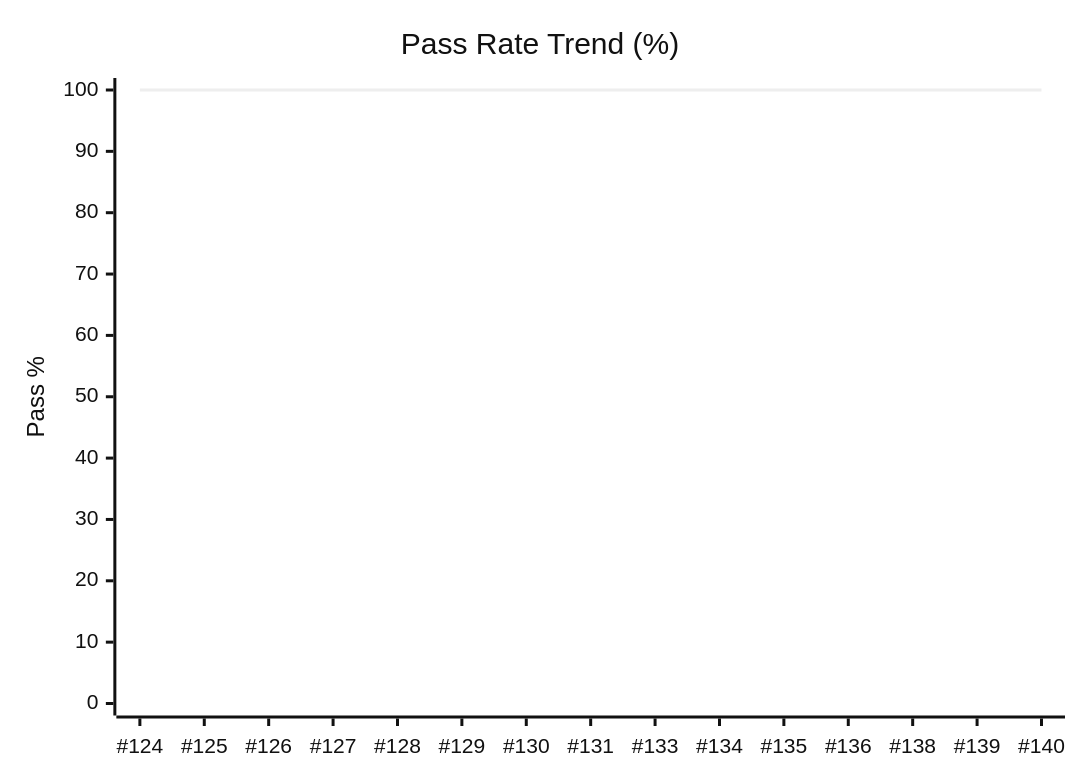
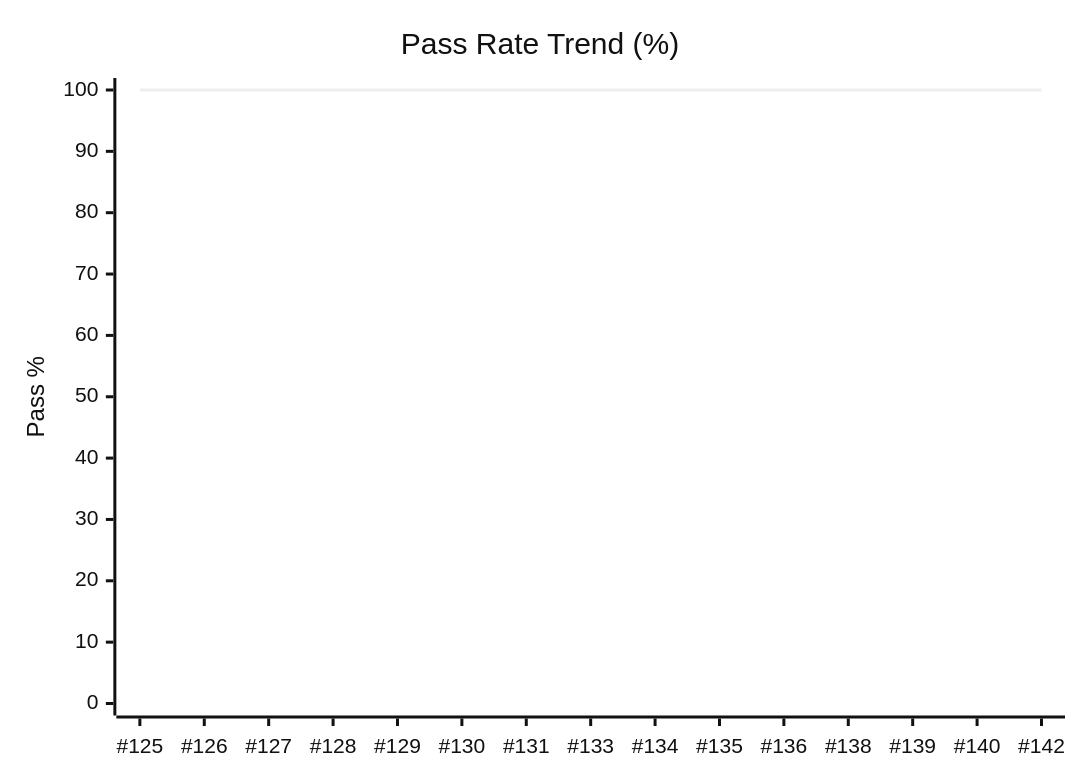
One commit to karimarie67/QA-boost changed the diagram in dashboards/qa-metrics.md. Above: the diagram before and after it, drawn with Mermaid (neutral theme). The commit also changed other lines of this file and 2 other files, not shown here.

````diff
--- a/dashboards/qa-metrics.md
+++ b/dashboards/qa-metrics.md
@@ -24,7 +24,7 @@
 ```mermaid
 xychart-beta
     title "Pass Rate Trend (%)"
-    x-axis [#124, #125, #126, #127, #128, #129, #130, #131, #133, #134, #135, #136, #138, #139, #140]
+    x-axis [#125, #126, #127, #128, #129, #130, #131, #133, #134, #135, #136, #138, #139, #140, #142]
     y-axis "Pass %" 0 --> 100
     line [100.0, 100.0, 100.0, 100.0, 100.0, 100.0, 100.0, 100.0, 100.0, 100.0, 100.0, 100.0, 100.0, 100.0, 100.0]
 ```
````
